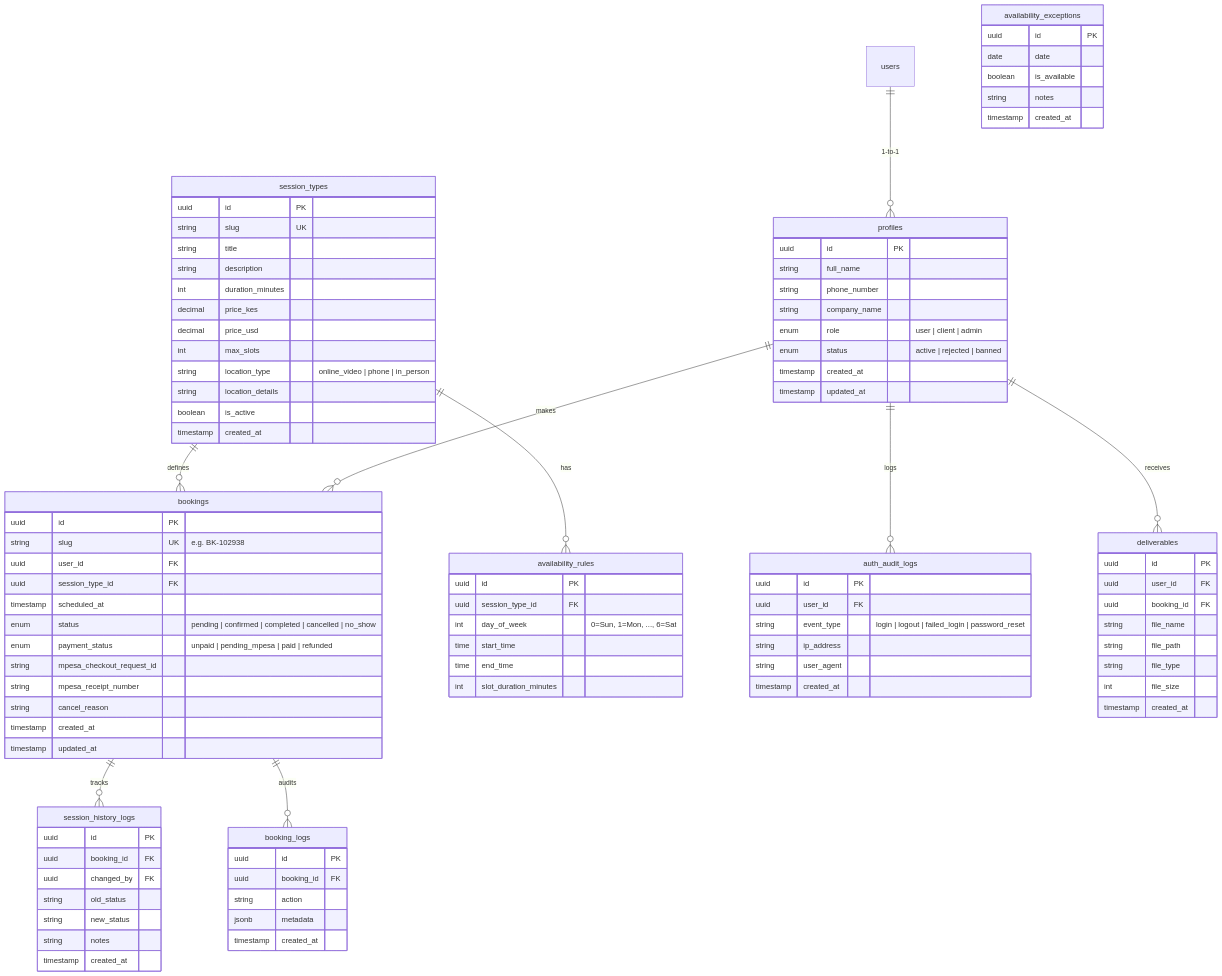
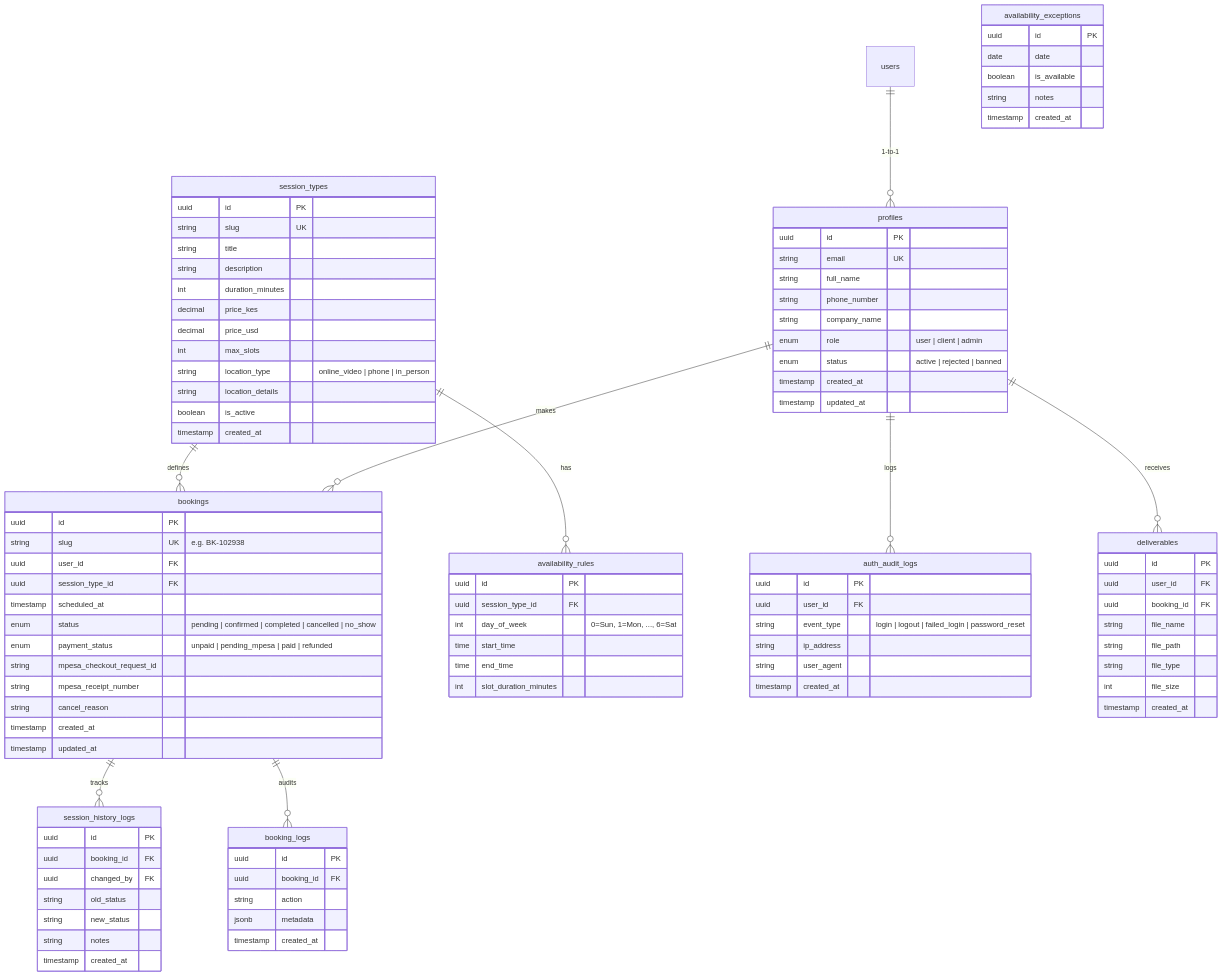
The diagram in implementation/implementation_plan.md (awuorcillah/cillah.dev-landing-page), drawn with Mermaid before and after one commit.

Commit message:
[Schema] Add email column to profiles table and update signup trigger

```diff
--- a/implementation/implementation_plan.md
+++ b/implementation/implementation_plan.md
@@ -48,6 +48,7 @@
 
     profiles {
         uuid id PK
+        string email UK
         string full_name
         string phone_number
         string company_name
```
